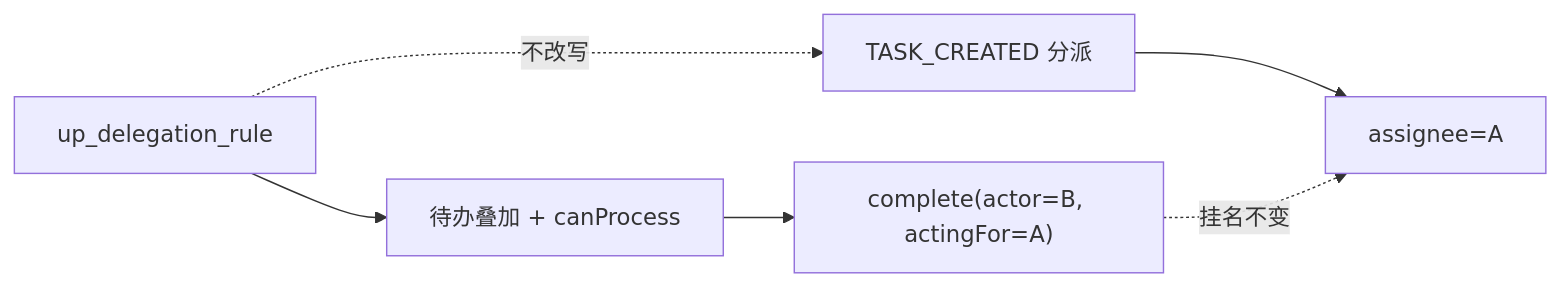
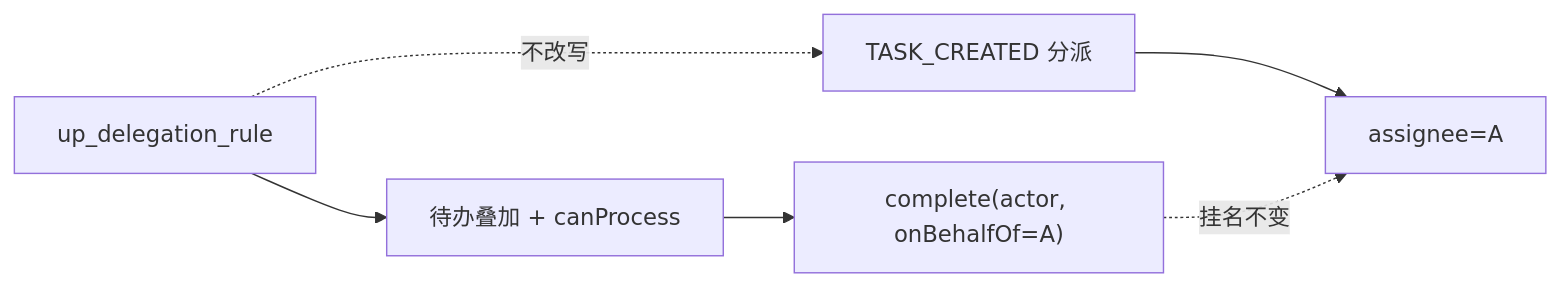
Before and after one commit to bigballgis/Workflow-Station---sun: the first of 2 diagrams in docs/design/portal-task-delegation.md, drawn with Mermaid. The commit also changed other lines of this file and 61 other files, not shown here.

````diff
--- a/docs/design/portal-task-delegation.md
+++ b/docs/design/portal-task-delegation.md
@@ -30,8 +31,8 @@
 ```mermaid
 flowchart LR
   Rule[up_delegation_rule] --> Todo[待办叠加 + canProcess]
-  Todo --> Done["complete(actor=B, actingFor=A)"]
+  Todo --> Done["complete(actor, onBehalfOf=A)"]
   Create[TASK_CREATED 分派] --> Assignee[assignee=A]
   Rule -.->|不改写| Create
   Done -.->|挂名不变| Assignee
 ```
````
